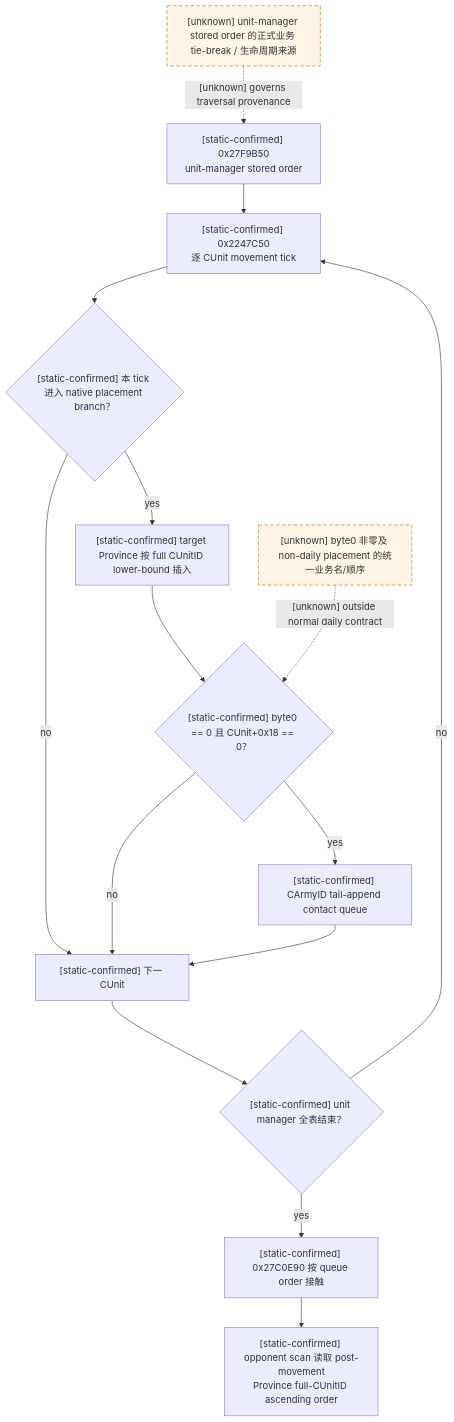
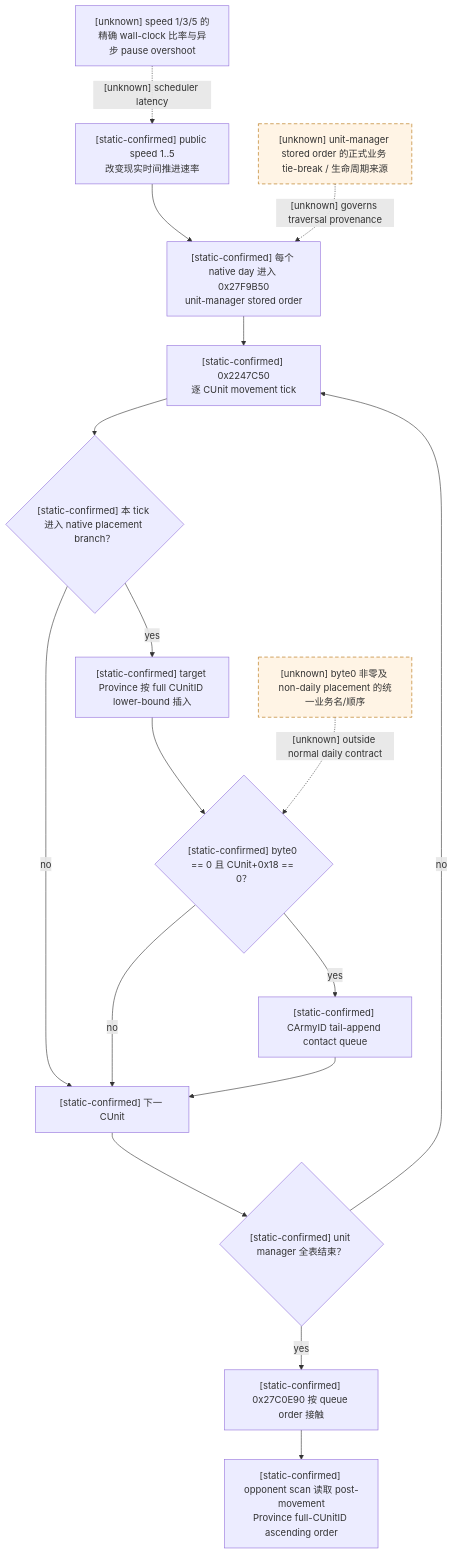
One commit to XenoAmess/ck3_eternal_recurrence changed the second of 6 diagrams in docs/ck3-native-ai/army-contact-resolution.md. Above: the diagram before and after it, drawn with Mermaid. The commit also changed other lines of this file and 8 other files, not shown here.

````diff
--- a/docs/ck3-native-ai/army-contact-resolution.md
+++ b/docs/ck3-native-ai/army-contact-resolution.md
@@ -100,19 +100,21 @@
 ```mermaid
 flowchart TD
-    D["[static-confirmed] 0x27F9B50<br/>unit-manager stored order"] --> U["[static-confirmed] 0x2247C50<br/>逐 CUnit movement tick"]
+    S["[static-confirmed] public speed 1..5<br/>改变现实时间推进速率"] --> D["[static-confirmed] 每个 native day 进入 0x27F9B50<br/>unit-manager stored order"]
+    D --> U["[static-confirmed] 0x2247C50<br/>逐 CUnit movement tick"]
     U --> K{"[static-confirmed] 本 tick 进入 native placement branch？"}
     K -->|no| NEXT["[static-confirmed] 下一 CUnit"]
     K -->|yes| I["[static-confirmed] target Province 按 full CUnitID lower-bound 插入"]
     I --> F{"[static-confirmed] byte0 == 0 且 CUnit+0x18 == 0？"}
     F -->|yes| Q["[static-confirmed] CArmyID tail-append contact queue"]
     F -->|no| NEXT
     Q --> NEXT
     NEXT --> DONE{"[static-confirmed] unit manager 全表结束？"}
     DONE -->|no| U
     DONE -->|yes| C["[static-confirmed] 0x27C0E90 按 queue order 接触"]
     C --> P["[static-confirmed] opponent scan 读取 post-movement<br/>Province full-CUnitID ascending order"]
     X["[unknown] unit-manager stored order 的正式业务 tie-break / 生命周期来源"] -. "[unknown] governs traversal provenance" .-> D
     Y["[unknown] byte0 非零及 non-daily placement 的统一业务名/顺序"] -. "[unknown] outside normal daily contract" .-> F
+    Z["[unknown] speed 1/3/5 的精确 wall-clock 比率与异步 pause overshoot"] -. "[unknown] scheduler latency" .-> S
     classDef unknown stroke-dasharray: 6 4,fill:#fff4e5,stroke:#b36b00;
     class X,Y unknown;
 ```
````
